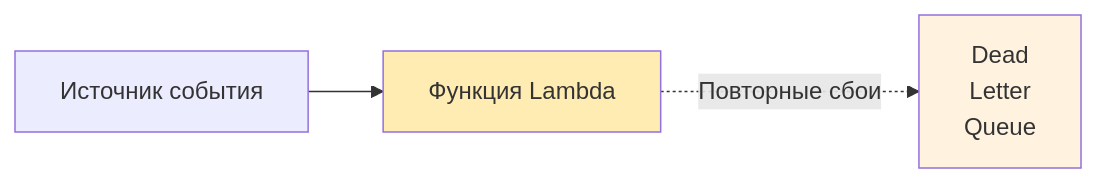
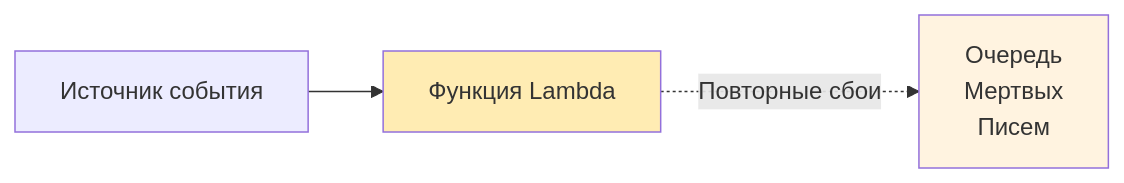
Before and after one commit to razkevich/system_design_course: the seventh of 8 diagrams in 6_fault_tolerance/circuit_breakers_ru.md, drawn with Mermaid. The commit also changed other lines of this file and 7 other files, not shown here.

````diff
--- a/6_fault_tolerance/circuit_breakers_ru.md
+++ b/6_fault_tolerance/circuit_breakers_ru.md
@@ -166,11 +166,9 @@
 ```mermaid
 graph LR
 E[Источник события] --> L[Функция Lambda]
-L -.->|Повторные сбои| DLQ[Dead<br>Letter<br>Queue]
-
+L -.->|Повторные сбои| DLQ[Очередь<br/>Мертвых<br/>Писем]
 
 style L fill:#ffecb3
-
 style DLQ fill:#fff3e0
 
 ```
````
